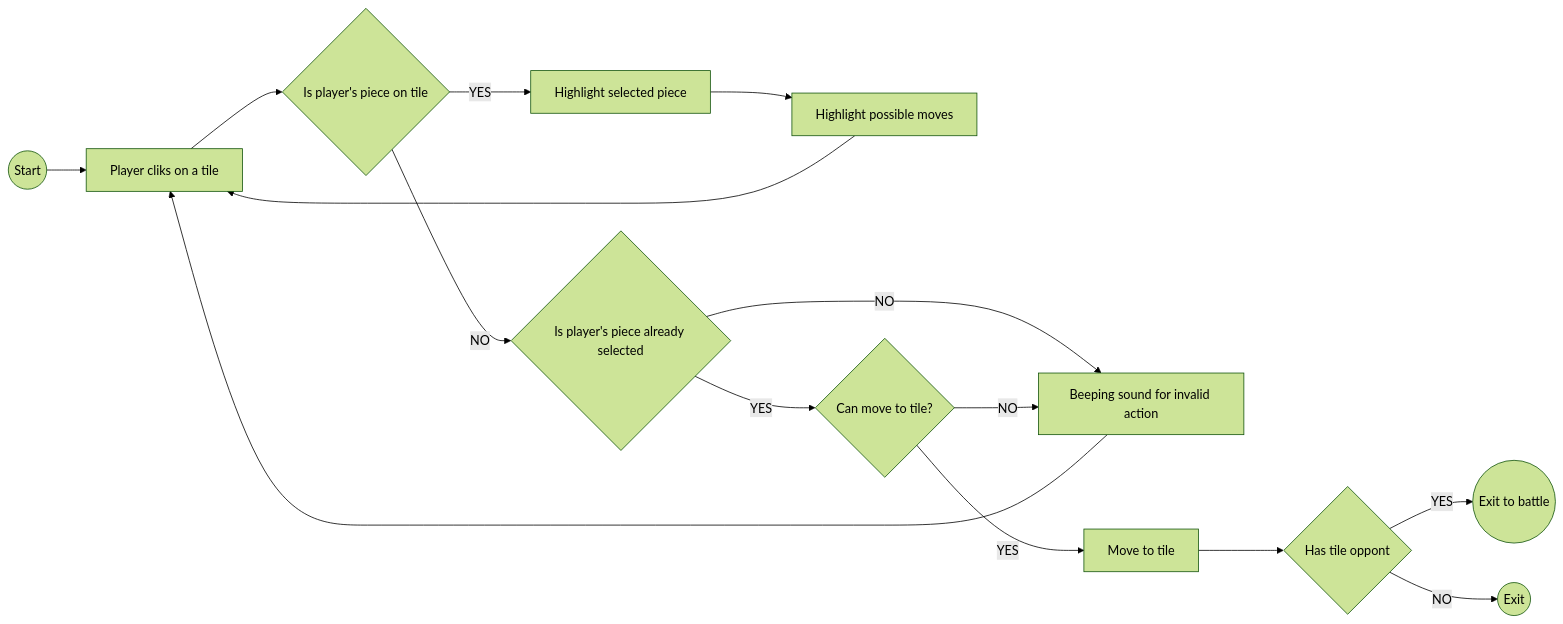
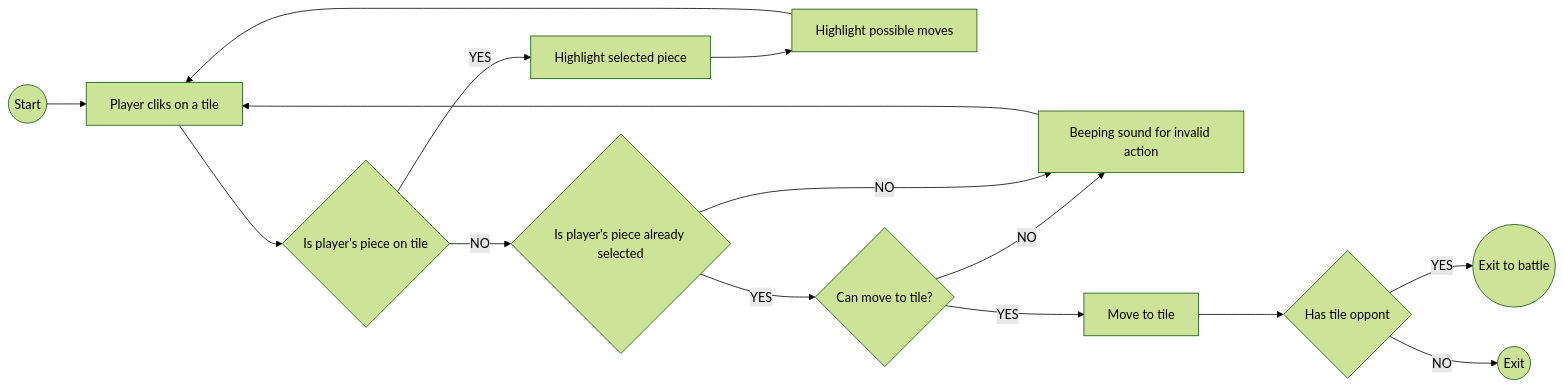
Before and after one commit to Tomocza/cpp-stratego: the fifth of 5 diagrams in README.md, drawn with Mermaid (forest theme).

Commit message:
Format flowchart

````diff
--- a/README.md
+++ b/README.md
@@ -126,35 +126,35 @@
 ```mermaid
 flowchart LR
 START((Start))
 END((Exit))
 
 clickTile[Player cliks on a tile]
 isPlayersPieceOnTile{Is player's piece on tile}
 isPlayersPieceSelected{Is player's piece already selected}
 
 beep[Beeping sound for invalid action]
 
 selectPiece[Highlight selected piece]
 highlightMoves[Highlight possible moves]
 
 
 canMoveToTile{Can move to tile?}
 hasTileOpponent{Has tile oppont}
 exitToBattle((Exit to battle))
 moveToTile[Move to tile]
 
 START --> clickTile
 clickTile --> isPlayersPieceOnTile
-isPlayersPieceOnTile -- NO --> isPlayersPieceSelected
-  isPlayersPieceSelected -- NO --> beep
-  beep --> clickTile
-  isPlayersPieceSelected -- YES --> canMoveToTile
-    canMoveToTile -- NO --> beep
-    canMoveToTile -- YES --> moveToTile
-    moveToTile --> hasTileOpponent
-      hasTileOpponent -- YES --> exitToBattle
-      hasTileOpponent -- NO --> END
 isPlayersPieceOnTile -- YES --> selectPiece
   selectPiece --> highlightMoves 
   highlightMoves --> clickTile
+isPlayersPieceOnTile -- NO --> isPlayersPieceSelected
+  isPlayersPieceSelected -- YES --> canMoveToTile
+    canMoveToTile -- YES --> moveToTile
+      moveToTile --> hasTileOpponent
+        hasTileOpponent -- YES --> exitToBattle
+        hasTileOpponent -- NO --> END
+    canMoveToTile -- NO --> beep
+  isPlayersPieceSelected -- NO --> beep
+    beep --> clickTile
 ```
````
